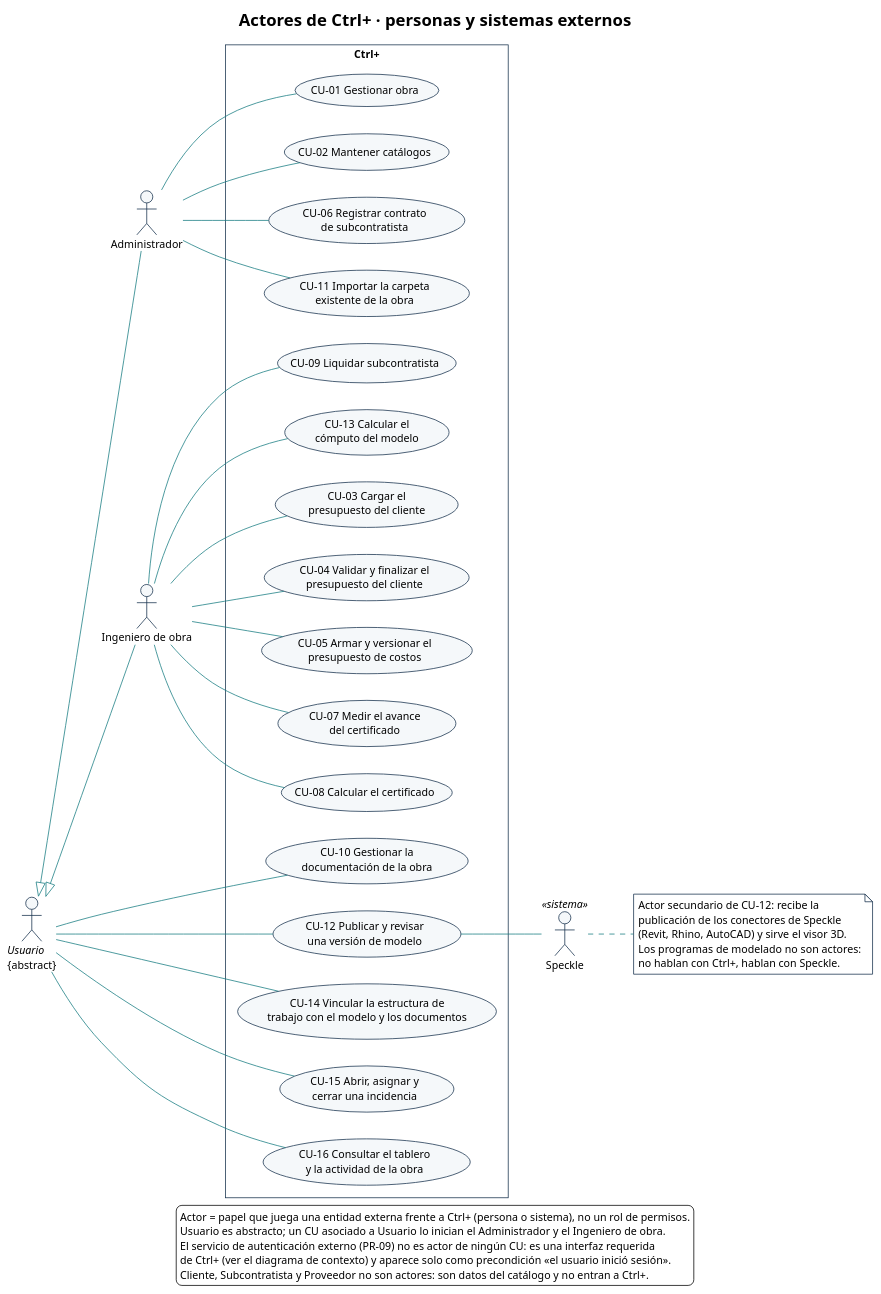
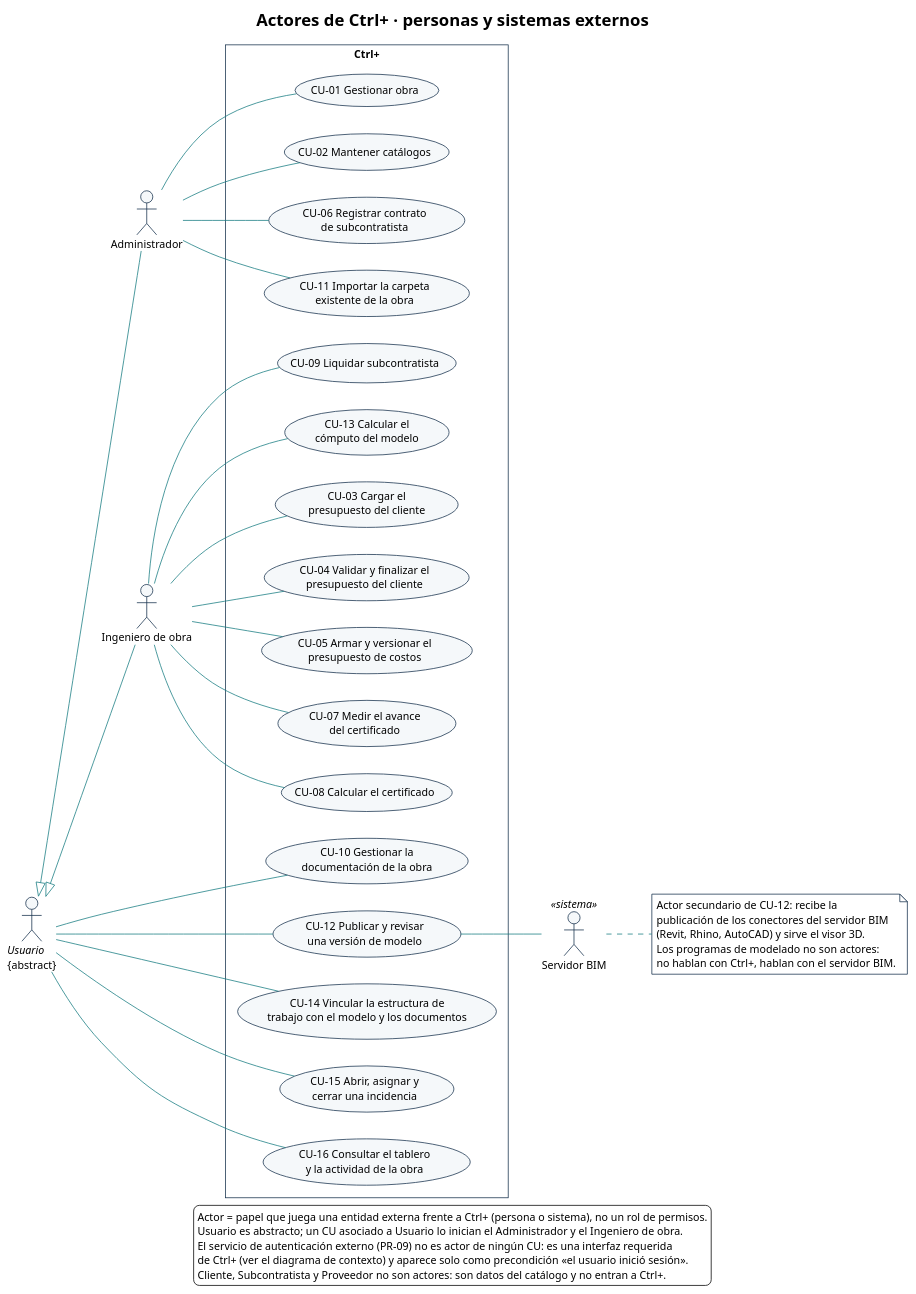
Before and after one commit to Ssrrb/tpf-uca: the diagram in diagramas/CU-00-casos-de-uso-alto-nivel-0-actores.puml, drawn with PlantUML. The commit also changed 3 other files, not shown here.

First line of the commit message:
Nombra el actor externo como Servidor BIM, sin nombrar el producto

```diff
--- a/diagramas/CU-00-casos-de-uso-alto-nivel-0-actores.puml
+++ b/diagramas/CU-00-casos-de-uso-alto-nivel-0-actores.puml
@@ -1,92 +1,92 @@
 @startuml
 !theme plain
 skinparam style strictuml
 title Actores de Ctrl+ · personas y sistemas externos
 skinparam shadowing false
 skinparam defaultFontName Arial
 skinparam defaultFontSize 14
 skinparam ArrowColor #167C80
 skinparam actor {
   BackgroundColor #F5F8FA
   BorderColor #17324D
 }
 skinparam usecase {
   BackgroundColor #F5F8FA
   BorderColor #17324D
 }
 skinparam rectangle {
   BackgroundColor #FFFFFF
   BorderColor #17324D
 }
 skinparam note {
   BackgroundColor #FFFFFF
   BorderColor #17324D
 }
 left to right direction
 
 actor "<i>Usuario</i>\n{abstract}" as USR
 actor "Administrador" as ADM
 actor "Ingeniero de obra" as ING
-actor "Speckle" as SPK <<sistema>>
+actor "Servidor BIM" as SPK <<sistema>>
 
 USR <|-- ADM
 USR <|-- ING
 
 rectangle "Ctrl+" {
   usecase "CU-01 Gestionar obra" as CU01
   usecase "CU-02 Mantener catálogos" as CU02
   usecase "CU-06 Registrar contrato\nde subcontratista" as CU06
   usecase "CU-11 Importar la carpeta\nexistente de la obra" as CU11
 
   usecase "CU-10 Gestionar la\ndocumentación de la obra" as CU10
   usecase "CU-12 Publicar y revisar\nuna versión de modelo" as CU12
   usecase "CU-14 Vincular la estructura de\ntrabajo con el modelo y los documentos" as CU14
   usecase "CU-15 Abrir, asignar y\ncerrar una incidencia" as CU15
   usecase "CU-16 Consultar el tablero\ny la actividad de la obra" as CU16
 
   usecase "CU-03 Cargar el\npresupuesto del cliente" as CU03
   usecase "CU-04 Validar y finalizar el\npresupuesto del cliente" as CU04
   usecase "CU-05 Armar y versionar el\npresupuesto de costos" as CU05
   usecase "CU-07 Medir el avance\ndel certificado" as CU07
   usecase "CU-08 Calcular el certificado" as CU08
   usecase "CU-09 Liquidar subcontratista" as CU09
   usecase "CU-13 Calcular el\ncómputo del modelo" as CU13
 }
 
 ADM -- CU01
 ADM -- CU02
 ADM -- CU06
 ADM -- CU11
 
 USR -- CU10
 USR -- CU12
 USR -- CU14
 USR -- CU15
 USR -- CU16
 
 ING -- CU03
 ING -- CU04
 ING -- CU05
 ING -- CU07
 ING -- CU08
 ING -- CU09
 ING -- CU13
 
 CU12 -- SPK
 
 note right of SPK
   Actor secundario de CU-12: recibe la
-  publicación de los conectores de Speckle
+  publicación de los conectores del servidor BIM
   (Revit, Rhino, AutoCAD) y sirve el visor 3D.
   Los programas de modelado no son actores:
-  no hablan con Ctrl+, hablan con Speckle.
+  no hablan con Ctrl+, hablan con el servidor BIM.
 end note
 
 legend bottom
   Actor = papel que juega una entidad externa frente a Ctrl+ (persona o sistema), no un rol de permisos.
   Usuario es abstracto; un CU asociado a Usuario lo inician el Administrador y el Ingeniero de obra.
   El servicio de autenticación externo (PR-09) no es actor de ningún CU: es una interfaz requerida
   de Ctrl+ (ver el diagrama de contexto) y aparece solo como precondición «el usuario inició sesión».
   Cliente, Subcontratista y Proveedor no son actores: son datos del catálogo y no entran a Ctrl+.
 endlegend
 @enduml
```
